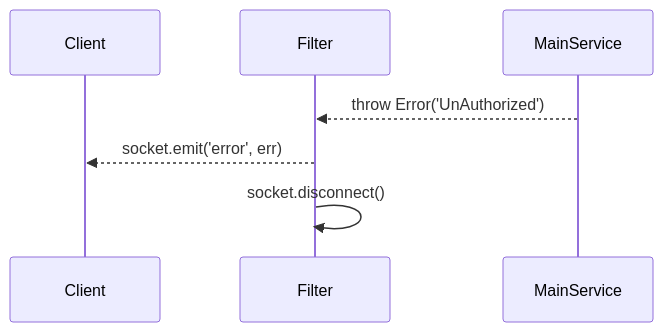
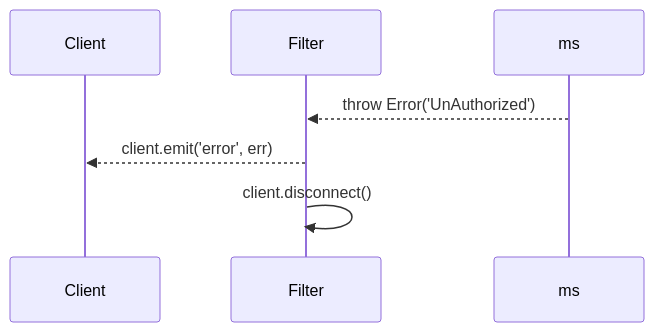
One commit to mtak0235/simmons_transcendence changed diagram 19 of 21 in backend/node/app/event.md. Above: the diagram before and after it, drawn with Mermaid. The commit also changed other lines of this file and 1 other file, not shown here.

````diff
--- a/backend/node/app/event.md
+++ b/backend/node/app/event.md
@@ -698,10 +746,9 @@
 ```mermaid
 sequenceDiagram
 participant c as Client
 participant f as Filter
-participant ms as MainService
 
 ms-->>f: throw Error('UnAuthorized')
-f-->>c: socket.emit('error', err);
-f->>f: socket.disconnect();
+f-->>c: client.emit('error', err);
+f->>f: client.disconnect();
 ```
````
